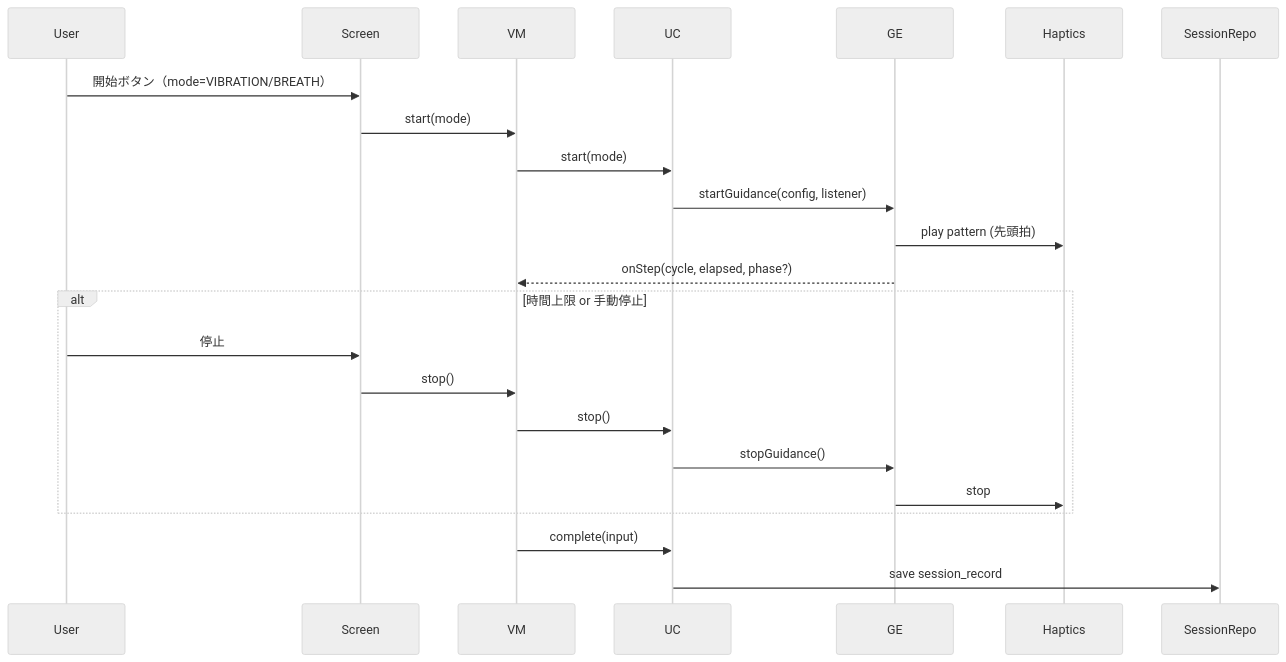
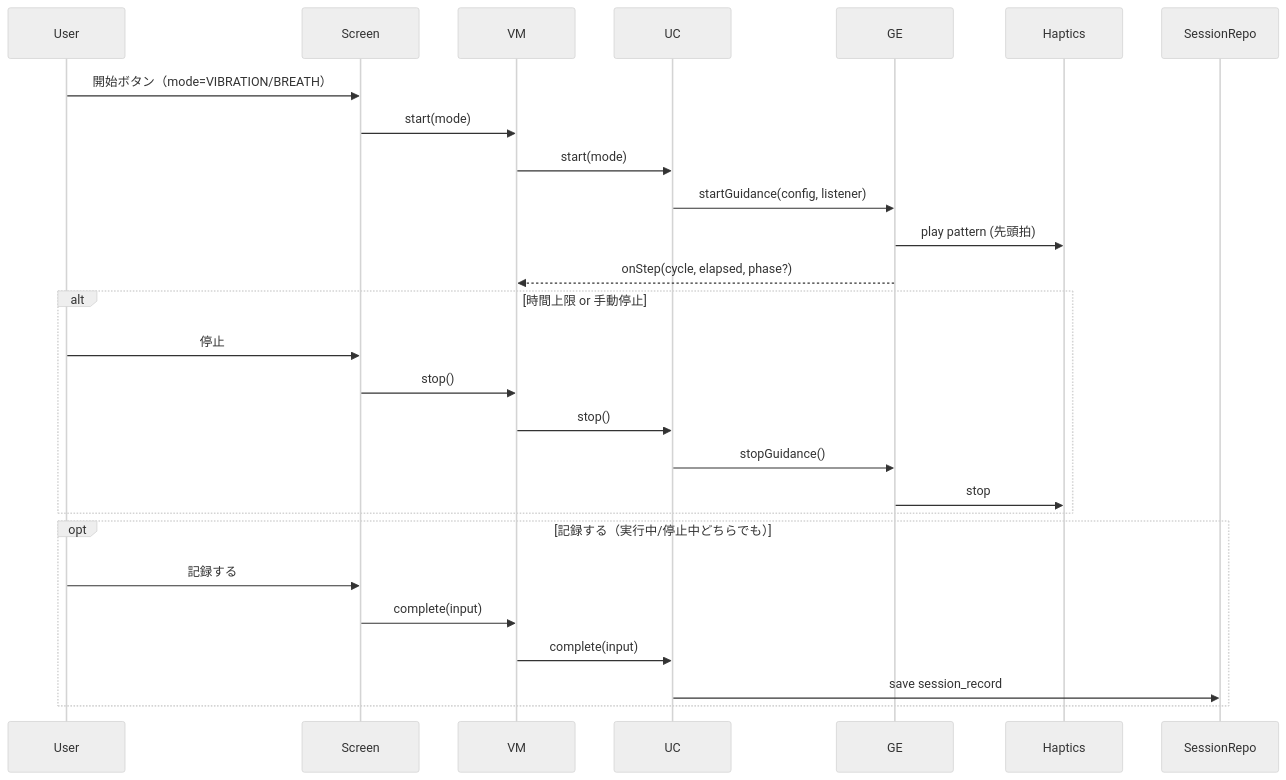
The third of 3 diagrams in .kiro/specs/calm-heart-rate-app/design.md (n4cl/CalmVibe), drawn with Mermaid (neutral theme) before and after one commit. The commit also changed other lines of this file and 8 other files, not shown here.

````diff
--- a/.kiro/specs/calm-heart-rate-app/design.md
+++ b/.kiro/specs/calm-heart-rate-app/design.md
@@ -98,26 +98,30 @@
 ```mermaid
 sequenceDiagram
   participant User
   participant Screen
   participant VM
   participant UC
   participant GE
   participant Haptics
   participant Repo as SessionRepo
 
   User->>Screen: 開始ボタン（mode=VIBRATION/BREATH）
   Screen->>VM: start(mode)
   VM->>UC: start(mode)
   UC->>GE: startGuidance(config, listener)
   GE->>Haptics: play pattern (先頭拍)
   GE-->>VM: onStep(cycle, elapsed, phase?)
   alt 時間上限 or 手動停止
     User->>Screen: 停止
     Screen->>VM: stop()
     VM->>UC: stop()
     UC->>GE: stopGuidance()
     GE->>Haptics: stop
   end
-  VM->>UC: complete(input)
-  UC->>Repo: save session_record
+  opt 記録する（実行中/停止中どちらでも）
+    User->>Screen: 記録する
+    Screen->>VM: complete(input)
+    VM->>UC: complete(input)
+    UC->>Repo: save session_record
+  end
 ```
````
